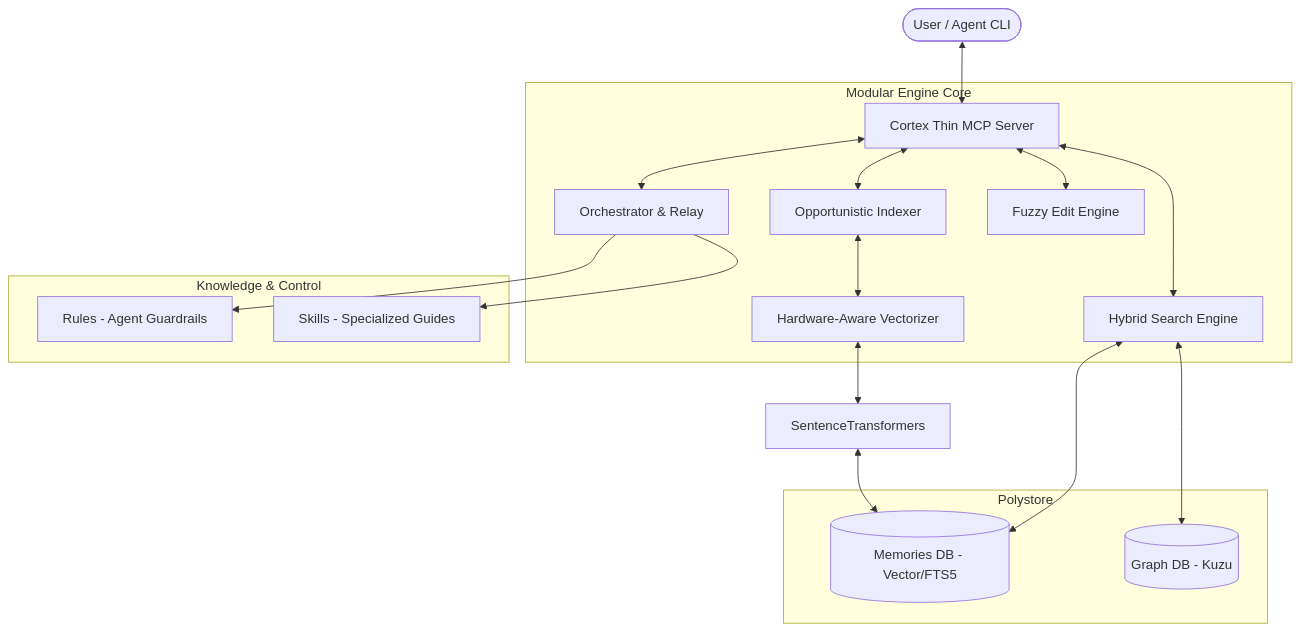
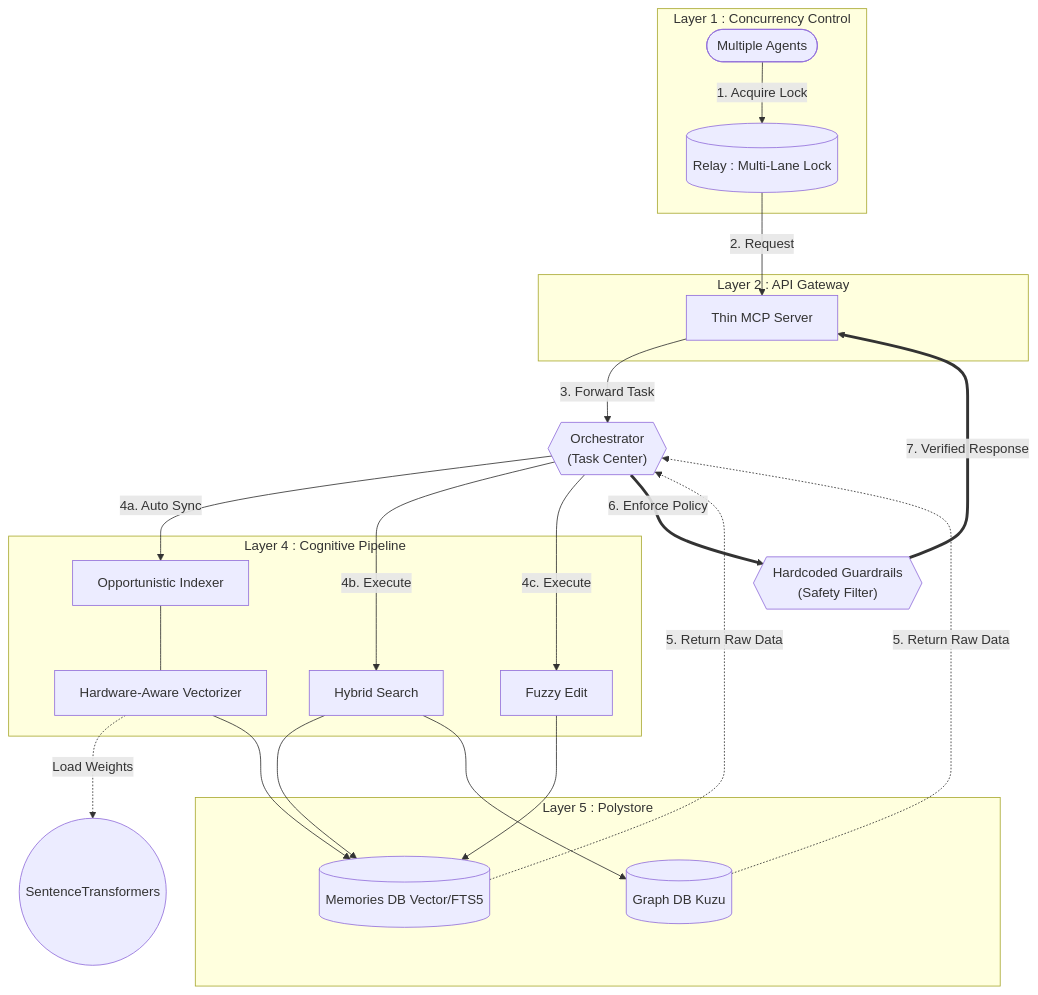
The diagram in README.md (kth3/Cortex-Engine), drawn with Mermaid before and after one commit. The commit also changed other lines of this file, not shown here.

````diff
--- a/README.md
+++ b/README.md
@@ -15,30 +15,63 @@
 ```mermaid
 graph TD
-    User([User / Agent CLI]) <--> MCP[Cortex Thin MCP Server]
+    %% Layer 1: Concurrency Control
+    subgraph Layer1 [Layer 1 : Concurrency Control]
+        Agent([Multiple Agents])
+        Relay[(Relay : Multi-Lane Lock)]
+    end
+    Agent -->|1. Acquire Lock| Relay
     
-    subgraph Modular Engine Core
-        MCP <--> Orchestrator[Orchestrator & Relay]
-        MCP <--> Indexer[Opportunistic Indexer]
-        Indexer <--> Vectorizer[Hardware-Aware Vectorizer]
-        MCP <--> Search[Hybrid Search Engine]
-        MCP <--> Edit[Fuzzy Edit Engine]
+    %% Layer 2: API Gateway
+    subgraph Layer2 [Layer 2 : API Gateway]
+        MCP[Thin MCP Server]
+    end
+    Relay -->|2. Request| MCP
+    
+    %% Layer 3: Central Orchestration
+    Orchestrator{{"Orchestrator<br>(Task Center)"}}
+    MCP -->|3. Forward Task| Orchestrator
+    
+    %% Layer 4: Cognitive Pipeline
+    subgraph Layer4 [Layer 4 : Cognitive Pipeline]
+        Indexer[Opportunistic Indexer]
+        Vectorizer[Hardware-Aware Vectorizer]
+        Search[Hybrid Search]
+        Edit[Fuzzy Edit]
     end
     
-    Vectorizer <--> VectorEngine[SentenceTransformers]
+    %% Orchestrator sends commands down
+    Orchestrator -->|4a. Auto Sync| Indexer
+    Indexer --- Vectorizer
+    Orchestrator -->|4b. Execute| Search
+    Orchestrator -->|4c. Execute| Edit
     
-    subgraph Polystore
-        DB[(Memories DB - Vector/FTS5)]
-        GDB[(Graph DB - Kuzu)]
+    %% External AI Model
+    V_Model((SentenceTransformers))
+    Vectorizer -.->|Load Weights| V_Model
+    
+    %% Layer 5: Persistence
+    subgraph Layer5 [Layer 5 : Polystore]
+        DB[(Memories DB Vector/FTS5)]
+        GDB[(Graph DB Kuzu)]
     end
     
-    VectorEngine <--> DB
-    Search <--> DB
-    Search <--> GDB
+    %% Writing data
+    Vectorizer --> DB
+    Search --> DB
+    Search --> GDB
+    Edit --> DB
     
-    subgraph Knowledge & Control
-        Rules[Rules - Agent Guardrails]
-        Skills[Skills - Specialized Guides]
-        Orchestrator --> Rules
-        Orchestrator --> Skills
-    end
+    %% ==========================================
+    %% Return Pipeline: Raw Data -> Guardrails -> MCP
+    %% ==========================================
+    %% 5. DB returns raw results back to Orchestrator
+    DB & GDB -.->|5. Return Raw Data| Orchestrator
+    
+    Rules{{"Hardcoded Guardrails<br>(Safety Filter)"}}
+    
+    %% 6. Orchestrator pushes raw data through Guardrails
+    Orchestrator ==>|6. Enforce Policy| Rules
+    
+    %% 7. Cleaned response goes back to MCP
+    Rules ==>|7. Verified Response| MCP
 ```
````
